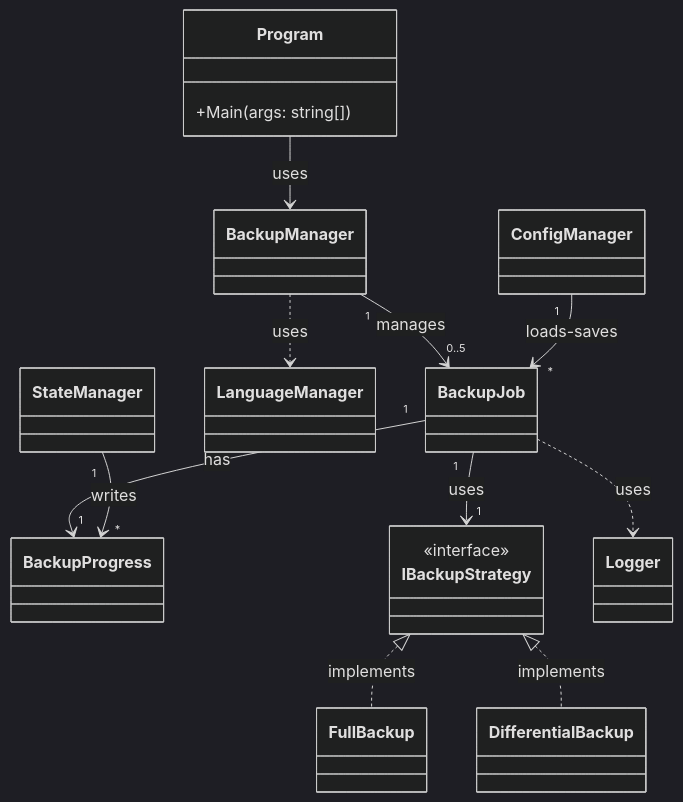
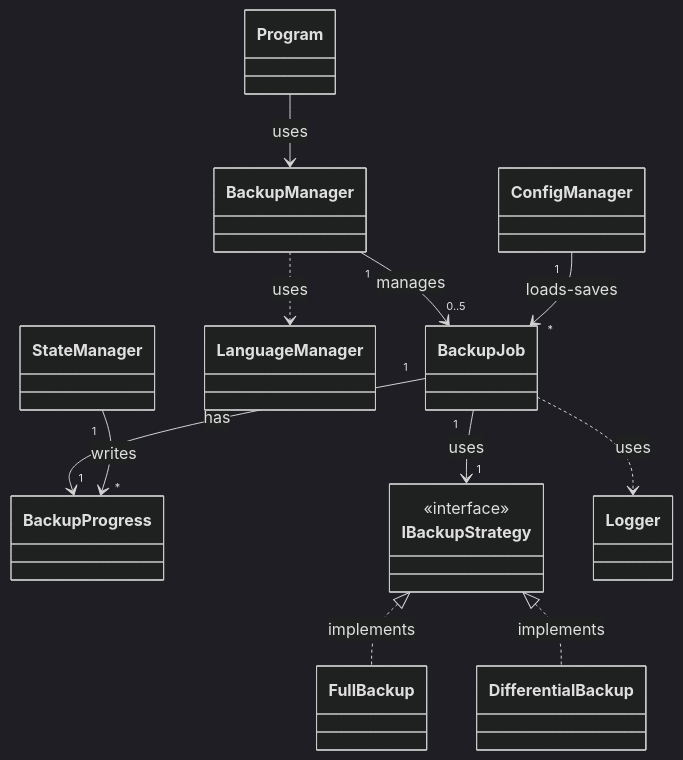
One commit to arayzendev/EasySave changed the diagram in docs/class-diagram.md. Above: the diagram before and after it, drawn with Mermaid (dark theme).

Commit message:
fix: simplified diagram

````diff
--- a/docs/class-diagram.md
+++ b/docs/class-diagram.md
@@ -1,61 +1,51 @@
 ```mermaid
 classDiagram
     direction TB
 
-    %% EasySave.Console - Entry Point
-    class Program {
-        +Main(args: string[])
-    }
-
-    %% EasySave.Core - Services
     class BackupManager {
     }
 
     class StateManager {
     }
 
     class ConfigManager {
     }
 
     class LanguageManager {
     }
 
-    %% EasySave.Core - Models
     class BackupJob {
     }
 
     class BackupProgress {
     }
 
-    %% EasySave.Core - Strategies
     class IBackupStrategy {
         <<interface>>
     }
 
     class FullBackup {
     }
 
     class DifferentialBackup {
     }
 
-    %% EasyLog - Separate DLL
     class Logger {
     }
 
-    %% Relationships
     Program --> BackupManager : uses
 
     BackupManager "1" --> "0..5" BackupJob : manages
     BackupManager ..> LanguageManager : uses
 
     BackupJob "1" --> "1" IBackupStrategy : uses
     BackupJob "1" --> "1" BackupProgress : has
 
     IBackupStrategy <|.. FullBackup : implements
     IBackupStrategy <|.. DifferentialBackup : implements
 
     StateManager "1" --> "*" BackupProgress : writes
     ConfigManager "1" --> "*" BackupJob : loads-saves
 
     BackupJob ..> Logger : uses
 ```
````
